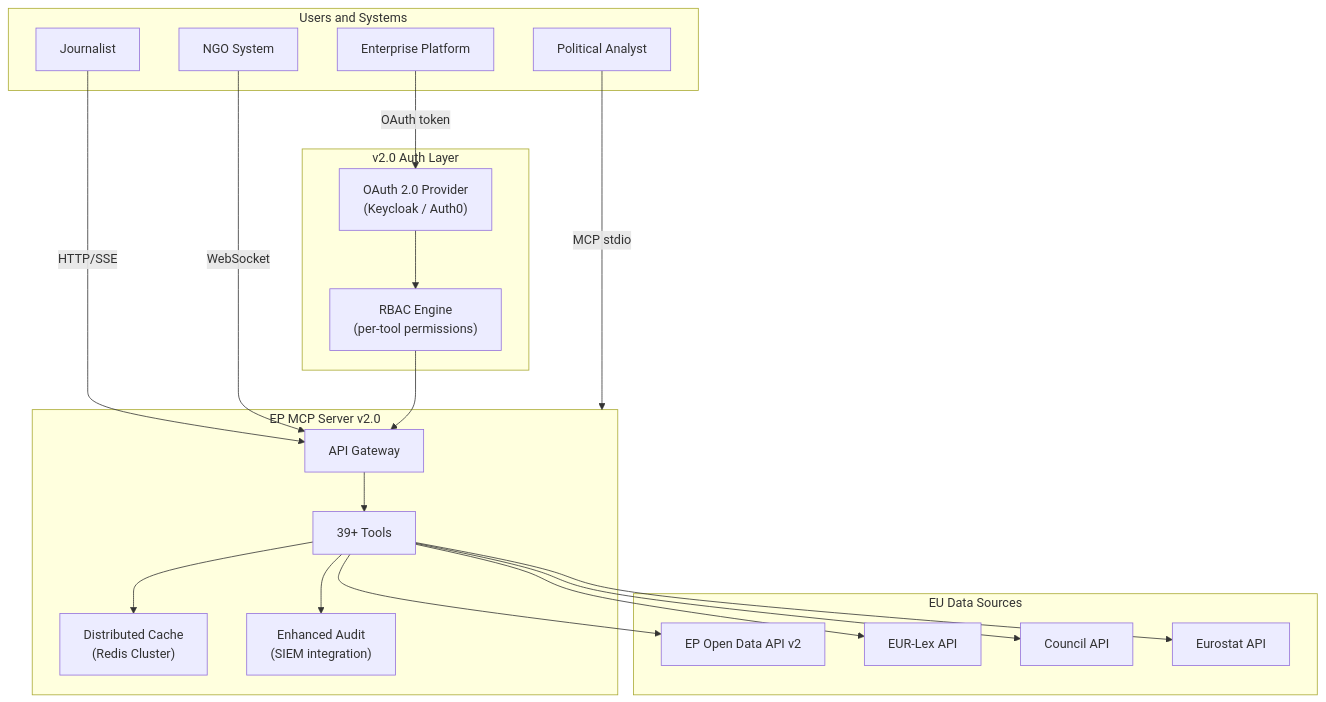
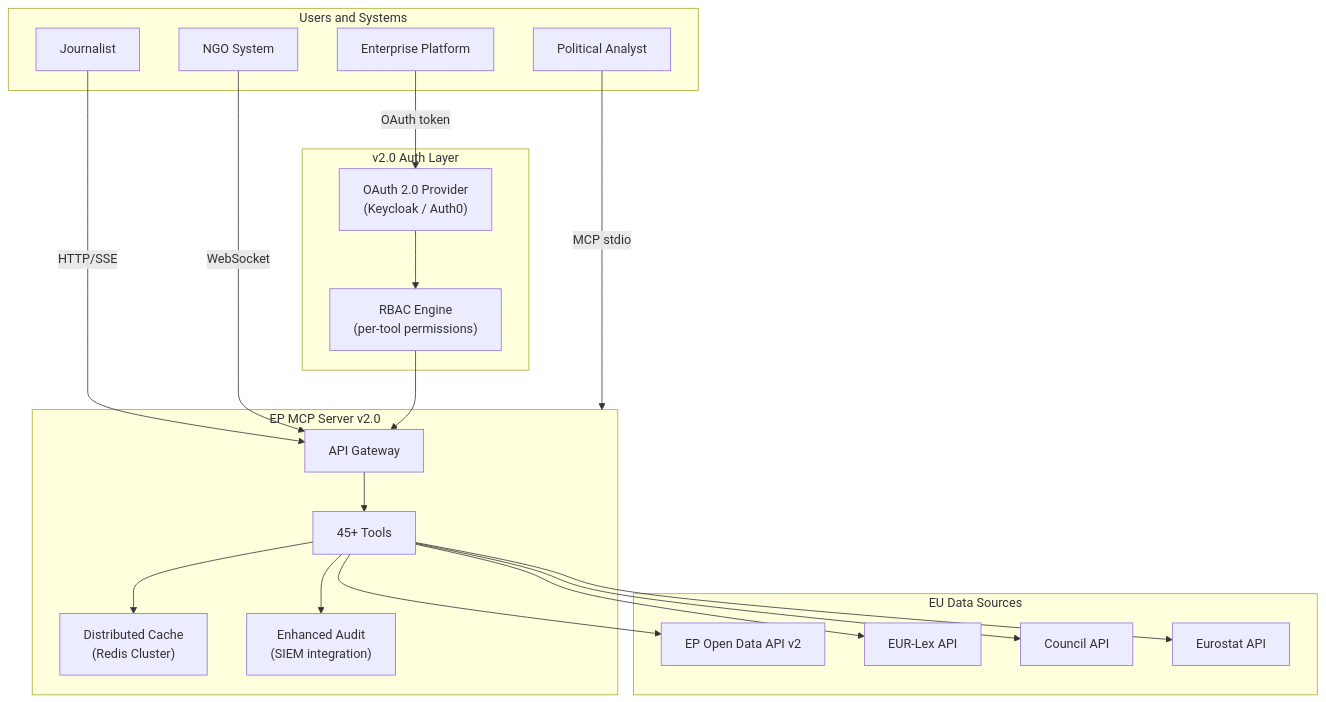
One commit to Hack23/European-Parliament-MCP-Server changed the fourth of 4 diagrams in FUTURE_ARCHITECTURE.md. Above: the diagram before and after it, drawn with Mermaid. The commit also changed other lines of this file and 35 other files, not shown here.

````diff
--- a/FUTURE_ARCHITECTURE.md
+++ b/FUTURE_ARCHITECTURE.md
@@ -193,42 +193,42 @@
 ```mermaid
 flowchart TD
     subgraph Users["Users and Systems"]
         ANALYST["Political Analyst"]
         JOURNALIST["Journalist"]
         NGO["NGO System"]
         ENTERPRISE["Enterprise Platform"]
     end
 
     subgraph AuthLayer["v2.0 Auth Layer"]
         OAUTH["OAuth 2.0 Provider\n(Keycloak / Auth0)"]
         RBAC["RBAC Engine\n(per-tool permissions)"]
     end
 
     subgraph EPMCPv2["EP MCP Server v2.0"]
         GATEWAY["API Gateway"]
-        TOOLS["39+ Tools"]
+        TOOLS["45+ Tools"]
         CACHE["Distributed Cache\n(Redis Cluster)"]
         AUDIT["Enhanced Audit\n(SIEM integration)"]
     end
 
     subgraph DataSources["EU Data Sources"]
         EPA["EP Open Data API v2"]
         EURLEX["EUR-Lex API"]
         COUNCIL["Council API"]
         EUROSTAT["Eurostat API"]
     end
 
     ANALYST -->|"MCP stdio"| EPMCPv2
     JOURNALIST -->|"HTTP/SSE"| GATEWAY
     NGO -->|"WebSocket"| GATEWAY
     ENTERPRISE -->|"OAuth token"| OAUTH
     OAUTH --> RBAC
     RBAC --> GATEWAY
     GATEWAY --> TOOLS
     TOOLS --> CACHE
     TOOLS --> EPA
     TOOLS --> EURLEX
     TOOLS --> COUNCIL
     TOOLS --> EUROSTAT
     TOOLS --> AUDIT
 ```
````
